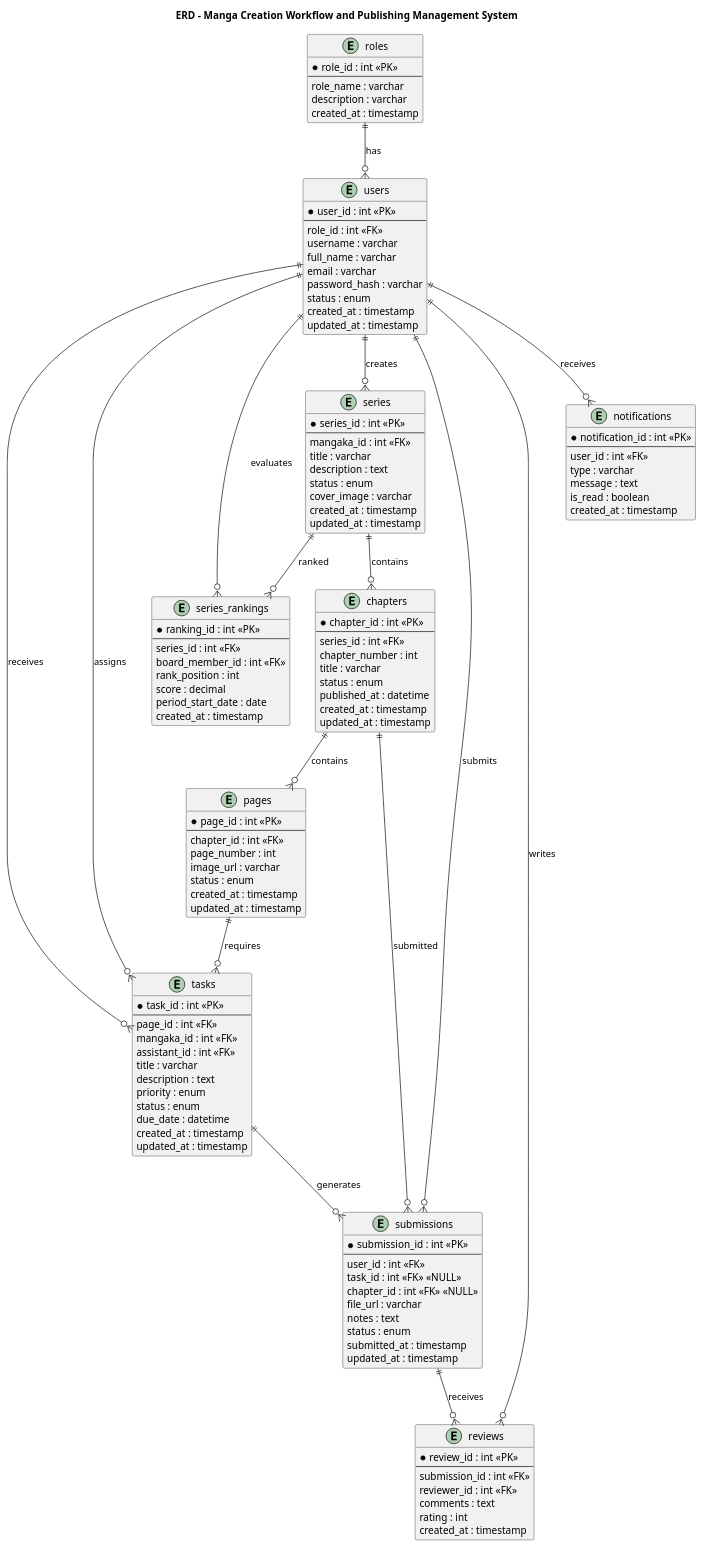
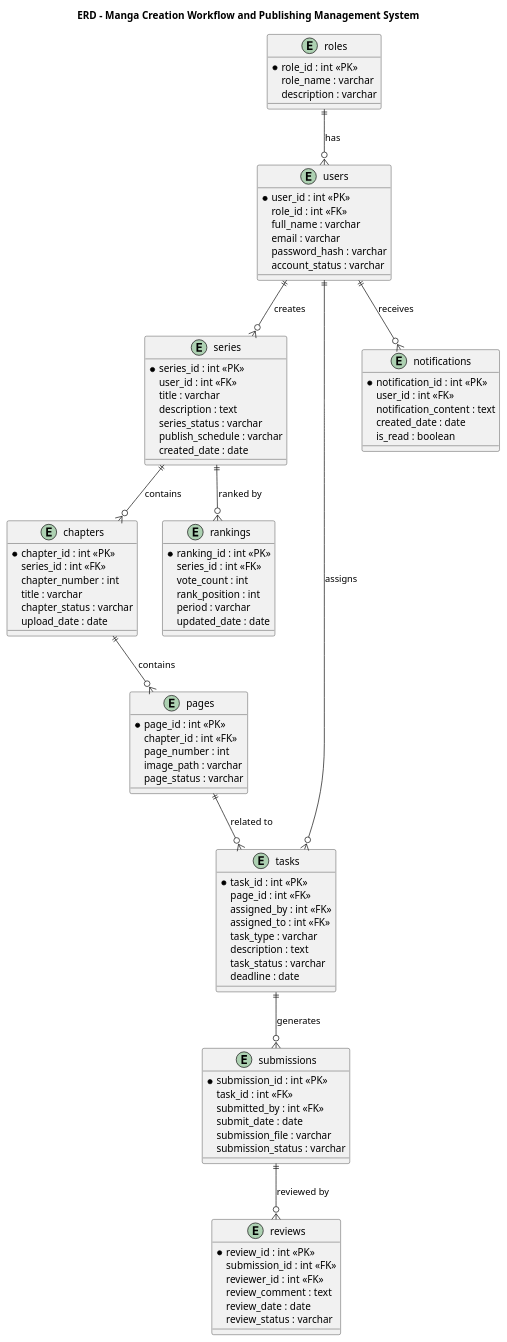
One commit to trongtan0079/Manga-publishing-management-system changed the diagram in UML/ERD.puml. Above: the diagram before and after it, drawn with PlantUML. The commit also changed 60 other files, not shown here.

```diff
--- a/UML/ERD.puml
+++ b/UML/ERD.puml
@@ -1,142 +1,103 @@
 @startuml
 title ERD - Manga Creation Workflow and Publishing Management System
 
 entity roles {
   *role_id : int <<PK>>
-  --
   role_name : varchar
   description : varchar
-  created_at : timestamp
 }
 
 entity users {
   *user_id : int <<PK>>
-  --
   role_id : int <<FK>>
-  username : varchar
   full_name : varchar
   email : varchar
   password_hash : varchar
-  status : enum
-  created_at : timestamp
-  updated_at : timestamp
+  account_status : varchar
 }
 
 entity series {
   *series_id : int <<PK>>
-  --
-  mangaka_id : int <<FK>>
+  user_id : int <<FK>>
   title : varchar
   description : text
-  status : enum
-  cover_image : varchar
-  created_at : timestamp
-  updated_at : timestamp
+  series_status : varchar
+  publish_schedule : varchar
+  created_date : date
 }
 
 entity chapters {
   *chapter_id : int <<PK>>
-  --
   series_id : int <<FK>>
   chapter_number : int
   title : varchar
-  status : enum
-  published_at : datetime
-  created_at : timestamp
-  updated_at : timestamp
+  chapter_status : varchar
+  upload_date : date
 }
 
 entity pages {
   *page_id : int <<PK>>
-  --
   chapter_id : int <<FK>>
   page_number : int
-  image_url : varchar
-  status : enum
-  created_at : timestamp
-  updated_at : timestamp
+  image_path : varchar
+  page_status : varchar
 }
 
 entity tasks {
   *task_id : int <<PK>>
-  --
   page_id : int <<FK>>
-  mangaka_id : int <<FK>>
-  assistant_id : int <<FK>>
-  title : varchar
+  assigned_by : int <<FK>>
+  assigned_to : int <<FK>>
+  task_type : varchar
   description : text
-  priority : enum
-  status : enum
-  due_date : datetime
-  created_at : timestamp
-  updated_at : timestamp
+  task_status : varchar
+  deadline : date
 }
 
 entity submissions {
   *submission_id : int <<PK>>
-  --
-  user_id : int <<FK>>
-  task_id : int <<FK>> <<NULL>>
-  chapter_id : int <<FK>> <<NULL>>
-  file_url : varchar
-  notes : text
-  status : enum
-  submitted_at : timestamp
-  updated_at : timestamp
+  task_id : int <<FK>>
+  submitted_by : int <<FK>>
+  submit_date : date
+  submission_file : varchar
+  submission_status : varchar
 }
 
 entity reviews {
   *review_id : int <<PK>>
-  --
   submission_id : int <<FK>>
   reviewer_id : int <<FK>>
-  comments : text
-  rating : int
-  created_at : timestamp
+  review_comment : text
+  review_date : date
+  review_status : varchar
 }
 
-entity series_rankings {
+entity rankings {
   *ranking_id : int <<PK>>
-  --
   series_id : int <<FK>>
-  board_member_id : int <<FK>>
+  vote_count : int
   rank_position : int
-  score : decimal
-  period_start_date : date
-  created_at : timestamp
+  period : varchar
+  updated_date : date
 }
 
 entity notifications {
   *notification_id : int <<PK>>
-  --
   user_id : int <<FK>>
-  type : varchar
-  message : text
+  notification_content : text
+  created_date : date
   is_read : boolean
-  created_at : timestamp
 }
 
-roles ||--o{ users : has
-
-users ||--o{ series : creates
-
-users ||--o{ tasks : assigns
-users ||--o{ tasks : receives
-
-users ||--o{ submissions : submits
-users ||--o{ reviews : writes
-users ||--o{ notifications : receives
-users ||--o{ series_rankings : evaluates
-
-series ||--o{ chapters : contains
-series ||--o{ series_rankings : ranked
-
-chapters ||--o{ pages : contains
-chapters ||--o{ submissions : submitted
-
-pages ||--o{ tasks : requires
-tasks ||--o{ submissions : generates
-
-submissions ||--o{ reviews : receives
+roles ||--o{ users : "has"
+users ||--o{ series : "creates"
+series ||--o{ chapters : "contains"
+chapters ||--o{ pages : "contains"
+pages ||--o{ tasks : "related to"
+users ||--o{ tasks : "assigns"
+tasks ||--o{ submissions : "generates"
+submissions ||--o{ reviews : "reviewed by"
+series ||--o{ rankings : "ranked by"
+users ||--o{ notifications : "receives"
 
 @enduml
```
